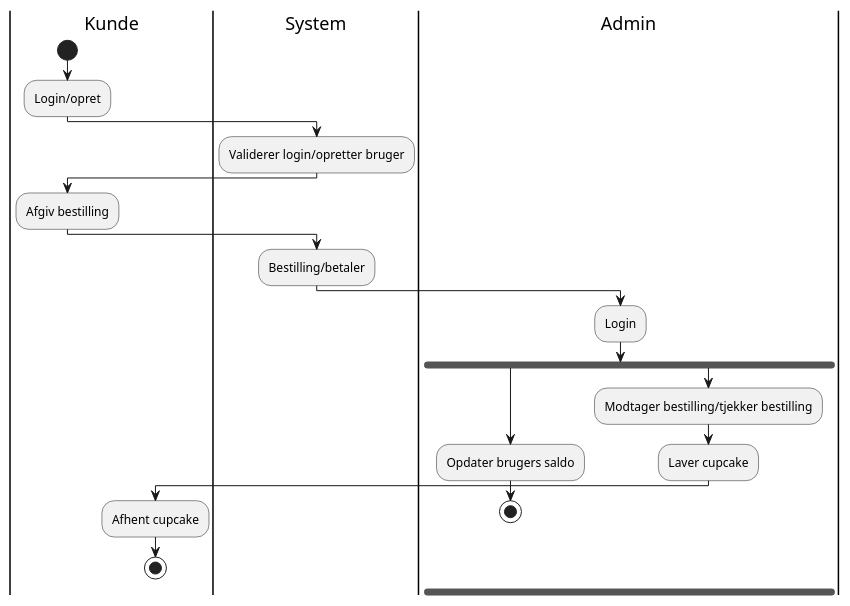
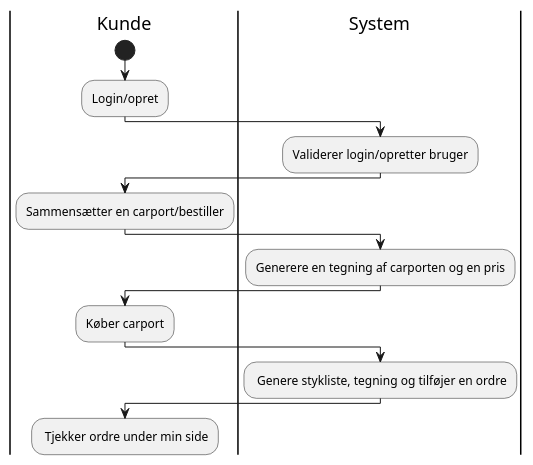
The diagram in documentation/Aktivitetsdiagram.puml (NatasjaVitoft/Carport), drawn with PlantUML before and after one commit. The commit also changed 8 other files, not shown here.

```diff
--- a/documentation/Aktivitetsdiagram.puml
+++ b/documentation/Aktivitetsdiagram.puml
@@ -1,25 +1,18 @@
 @startuml
 |Kunde|
 start
 :Login/opret;
 |System|
 :Validerer login/opretter bruger;
 |Kunde|
-:Afgiv bestilling;
+:Sammensætter en carport/bestiller;
 |System|
-:Bestilling/betaler;
-|Admin|
-:Login;
-|Admin|
-fork
-:Opdater brugers saldo;
+:Generere en tegning af carporten og en pris;
+|Kunde|
+:Køber carport;
+|System|
+: Genere stykliste, tegning og tilføjer en ordre;
+|Kunde|
+: Tjekker ordre under min side;
 
-stop
-fork again
-|Admin|
-:Modtager bestilling/tjekker bestilling;
-:Laver cupcake;
-|Kunde|
-:Afhent cupcake;
-stop
 @enduml
```
